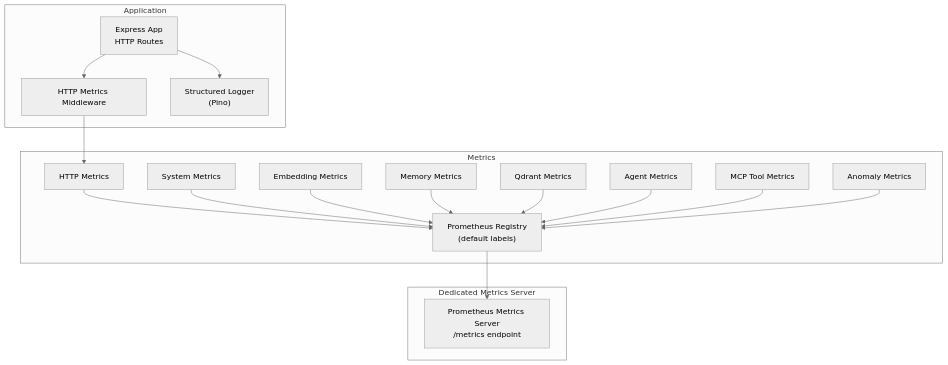
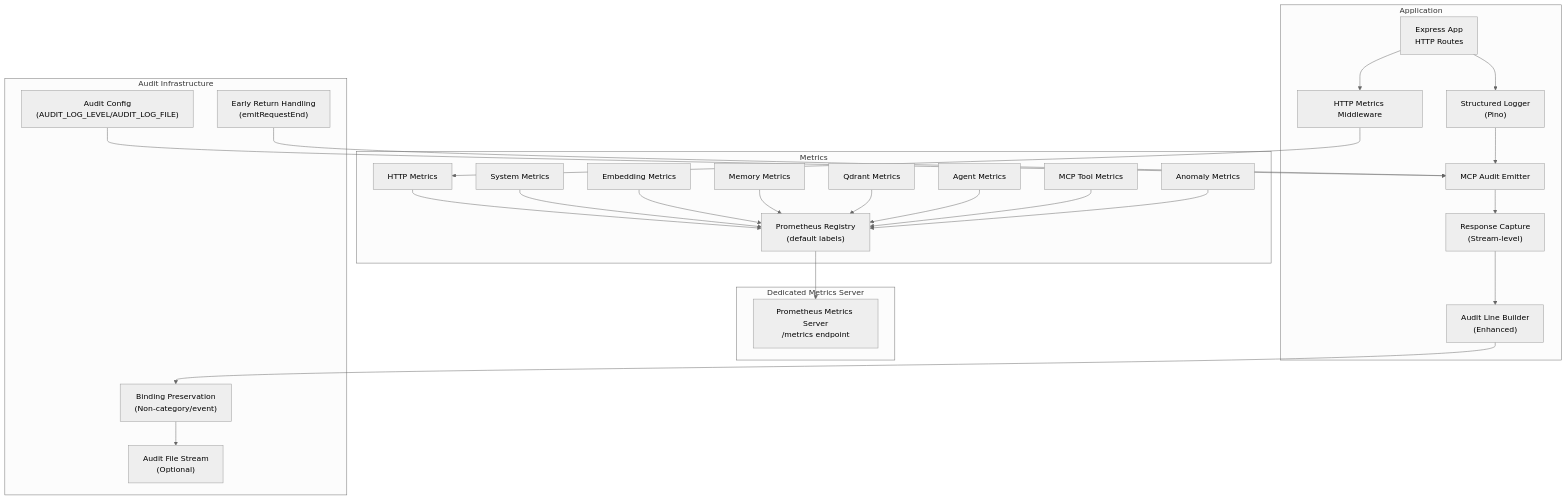
Before and after one commit to debian777/kairos-mcp: the first of 7 diagrams in .qoder/repowiki/en/content/Monitoring & Observability.md, drawn with Mermaid (neutral theme). The commit also changed other lines of this file and 44 other files, not shown here.

````diff
--- a/.qoder/repowiki/en/content/Monitoring & Observability.md
+++ b/.qoder/repowiki/en/content/Monitoring & Observability.md
@@ -46,34 +60,50 @@
 ```mermaid
 graph TB
 subgraph "Application"
 A["Express App<br/>HTTP Routes"]
 M["HTTP Metrics Middleware"]
 S["Structured Logger<br/>(Pino)"]
+AE["MCP Audit Emitter"]
+RC["Response Capture<br/>(Stream-level)"]
+ALS["Audit Line Builder<br/>(Enhanced)"]
 end
 subgraph "Metrics"
 R["Prometheus Registry<br/>(default labels)"]
 MS["System Metrics"]
 MH["HTTP Metrics"]
 ME["Embedding Metrics"]
 MM["Memory Metrics"]
 MQ["Qdrant Metrics"]
 MA["Agent Metrics"]
 MI["MCP Tool Metrics"]
 AN["Anomaly Metrics"]
 end
 subgraph "Dedicated Metrics Server"
 P["Prometheus Metrics Server<br/>/metrics endpoint"]
 end
+subgraph "Audit Infrastructure"
+AF["Audit File Stream<br/>(Optional)"]
+AC["Audit Config<br/>(AUDIT_LOG_LEVEL/AUDIT_LOG_FILE)"]
+BP["Binding Preservation<br/>(Non-category/event)"]
+ER["Early Return Handling<br/>(emitRequestEnd)"]
+end
 A --> M
 M --> MH
 A --> S
+S --> AE
+AE --> RC
+RC --> ALS
+ALS --> BP
+BP --> AF
+AC --> AE
+ER --> AE
 MH --> R
 MS --> R
 ME --> R
 MM --> R
 MQ --> R
 MA --> R
 MI --> R
 AN --> R
 R --> P
 ```
````
